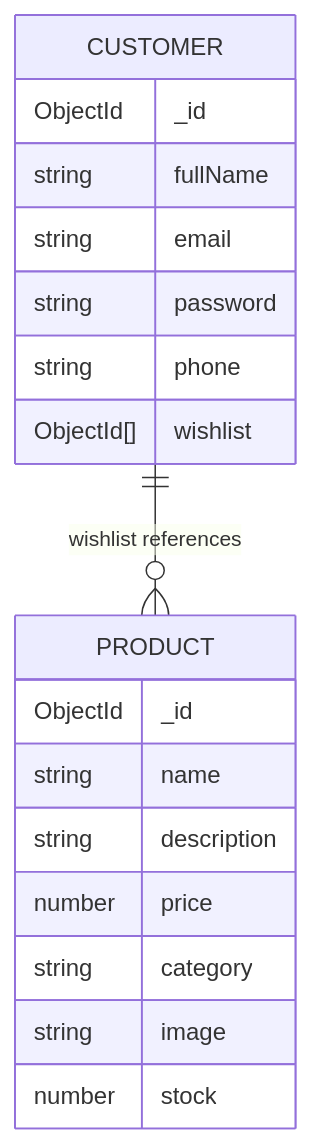
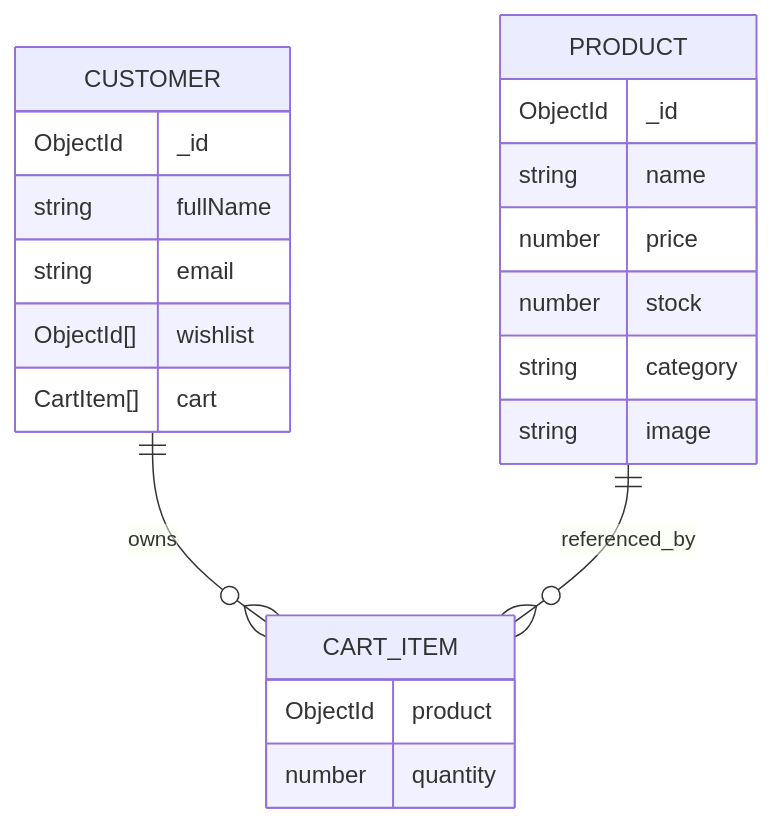
One commit to Anant-vj/Shop_Kart_Term5 changed the diagram in backend/README.md. Above: the diagram before and after it, drawn with Mermaid. The commit also changed other lines of this file and 17 other files, not shown here.

Commit message:
feat: complete Lab 05 - ShopKart Shopping Cart (Global Cart State, Derived Subtotals, Stock Validations, Responsive UI)

````diff
--- a/backend/README.md
+++ b/backend/README.md
@@ -78,23 +86,27 @@
 ```mermaid
 erDiagram
-    CUSTOMER ||--o{ PRODUCT : "wishlist references"
+    CUSTOMER ||--o{ CART_ITEM : owns
+    PRODUCT ||--o{ CART_ITEM : referenced_by
 
     CUSTOMER {
         ObjectId _id
         string fullName
         string email
-        string password
-        string phone
         ObjectId[] wishlist
+        CartItem[] cart
+    }
+
+    CART_ITEM {
+        ObjectId product
+        number quantity
     }
 
     PRODUCT {
         ObjectId _id
         string name
-        string description
         number price
+        number stock
         string category
         string image
-        number stock
     }
 ```
````
